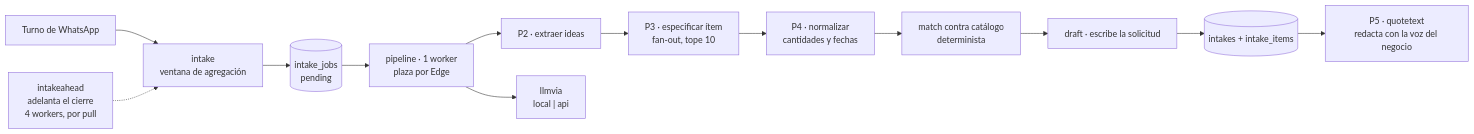
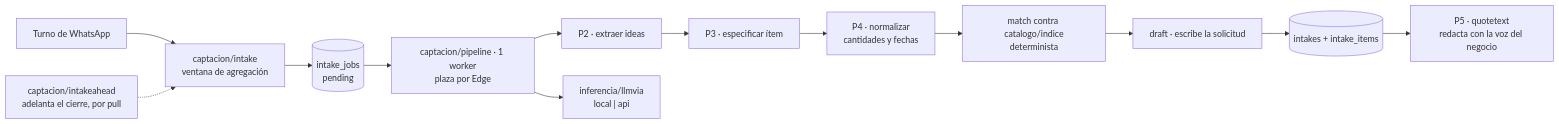
Before and after one commit to EduGoGroup/wapp-cloud-platform: the second of 2 diagrams in documentations/arquitectura.md, drawn with Mermaid. The commit also changed other lines of this file and 10 other files, not shown here.

````diff
--- a/documentations/arquitectura.md
+++ b/documentations/arquitectura.md
@@ -144,15 +191,15 @@
 ```mermaid
 flowchart LR
-  MSG["Turno de WhatsApp"] --> AGG["intake<br/>ventana de agregación"]
-  AHEAD["intakeahead<br/>adelanta el cierre<br/>4 workers, por pull"] -.-> AGG
+  MSG["Turno de WhatsApp"] --> AGG["captacion/intake<br/>ventana de agregación"]
+  AHEAD["captacion/intakeahead<br/>adelanta el cierre, por pull"] -.-> AGG
   AGG --> JOB[("intake_jobs<br/>pending")]
-  JOB --> W["pipeline · 1 worker<br/>plaza por Edge"]
+  JOB --> W["captacion/pipeline · 1 worker<br/>plaza por Edge"]
   W --> P2["P2 · extraer ideas"]
-  P2 --> P3["P3 · especificar ítem<br/>fan-out, tope 10"]
+  P2 --> P3["P3 · especificar ítem"]
   P3 --> P4["P4 · normalizar<br/>cantidades y fechas"]
-  P4 --> MATCH["match contra catálogo<br/>determinista"]
+  P4 --> MATCH["match contra catalogo/indice<br/>determinista"]
   MATCH --> DRAFT["draft · escribe la solicitud"]
   DRAFT --> INT[("intakes + intake_items")]
   INT --> P5["P5 · quotetext<br/>redacta con la voz del negocio"]
-  W --> VIA["llmvia<br/>local | api"]
+  W --> VIA["inferencia/llmvia<br/>local | api"]
 ```
````
